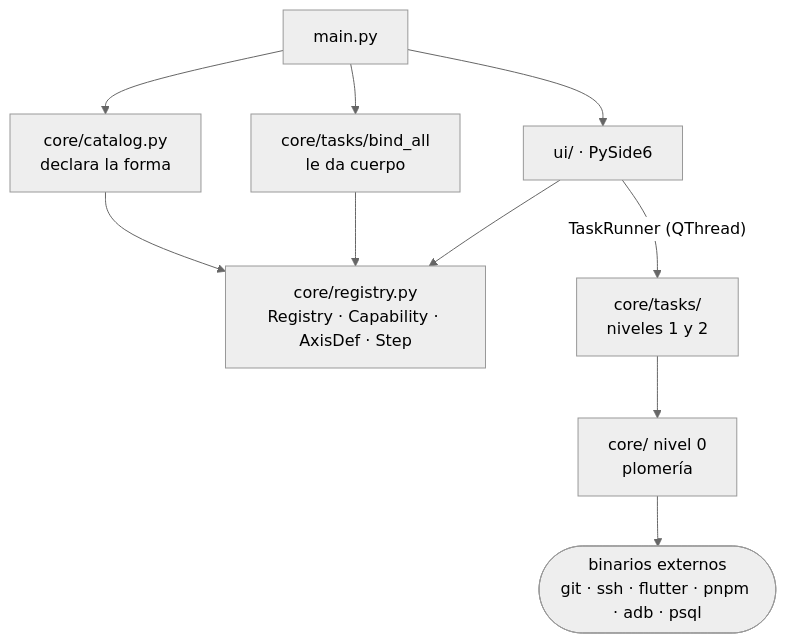
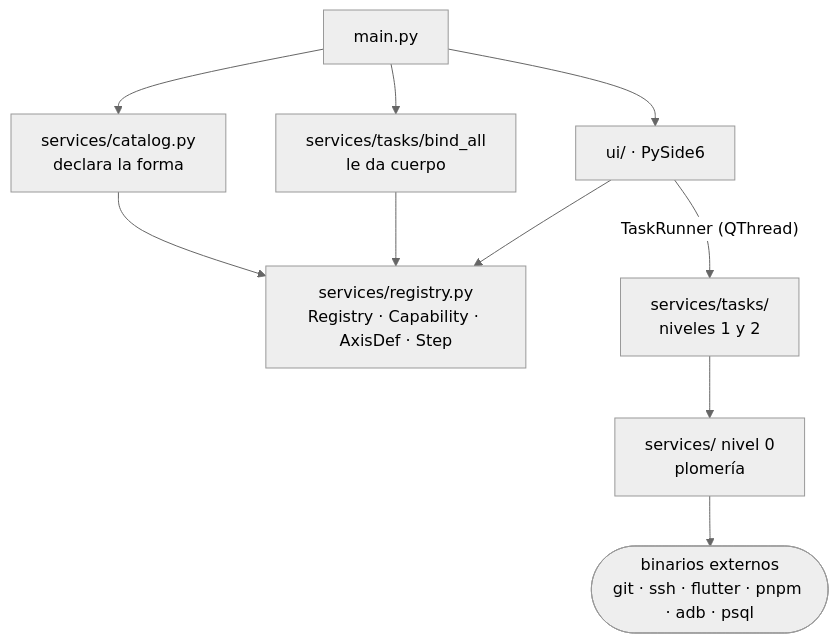
Before and after one commit to equipaggioe/consola: the diagram in docs/arquitectura/02_bloques.md, drawn with Mermaid (neutral theme). The commit also changed other lines of this file and 172 other files, not shown here.

First line of the commit message:
La estructura de canone, primera mitad: core/ pasa a services/, todo HTTP va en api/ con un módulo por servicio, lo que no es código va en assets/, y los módulos de ui/ que no son widgets pasan a services/

````diff
--- a/docs/arquitectura/02_bloques.md
+++ b/docs/arquitectura/02_bloques.md
@@ -5,12 +5,12 @@
 ```mermaid
 flowchart TD
-    MAIN[main.py] --> CAT[core/catalog.py<br/>declara la forma]
-    MAIN --> BIND[core/tasks/bind_all<br/>le da cuerpo]
+    MAIN[main.py] --> CAT[services/catalog.py<br/>declara la forma]
+    MAIN --> BIND[services/tasks/bind_all<br/>le da cuerpo]
     MAIN --> UI[ui/ · PySide6]
-    UI --> REG[core/registry.py<br/>Registry · Capability · AxisDef · Step]
+    UI --> REG[services/registry.py<br/>Registry · Capability · AxisDef · Step]
     CAT --> REG
     BIND --> REG
-    UI -- "TaskRunner (QThread)" --> T[core/tasks/<br/>niveles 1 y 2]
-    T --> N0[core/ nivel 0<br/>plomería]
+    UI -- "TaskRunner (QThread)" --> T[services/tasks/<br/>niveles 1 y 2]
+    T --> N0[services/ nivel 0<br/>plomería]
     N0 --> EXT([binarios externos<br/>git · ssh · flutter · pnpm · adb · psql])
 ```
````
